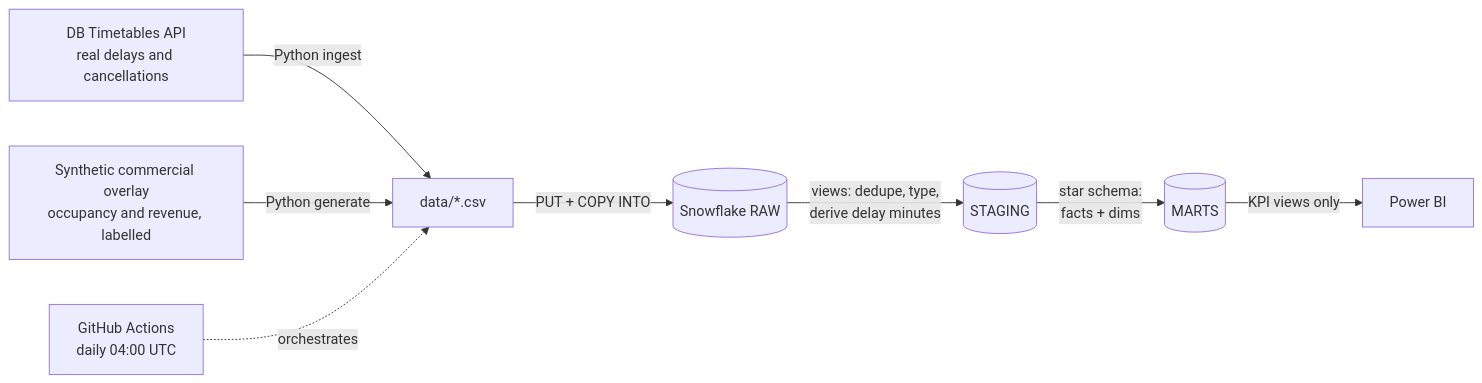
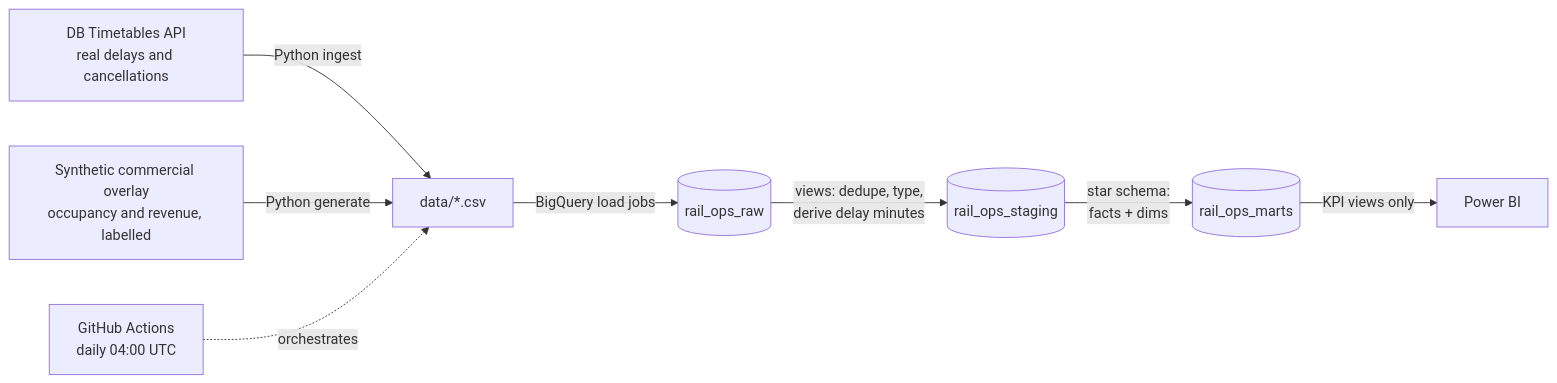
One commit to dreamscaatcher/Flixtrain-analytics changed the diagram in README.md. Above: the diagram before and after it, drawn with Mermaid. The commit also changed other lines of this file and 18 other files, not shown here.

Commit message:
Migrate warehouse from Snowflake to BigQuery (free sandbox): loader via load jobs, GoogleSQL models, sqlglot dialect lint in CI, docs/PBI spec updated

````diff
--- a/README.md
+++ b/README.md
@@ -9,10 +9,10 @@
 ```mermaid
 flowchart LR
     A[DB Timetables API\nreal delays and cancellations] -->|Python ingest| C[data/*.csv]
     B[Synthetic commercial overlay\noccupancy and revenue, labelled] -->|Python generate| C
-    C -->|PUT + COPY INTO| D[(Snowflake RAW)]
-    D -->|views: dedupe, type,\nderive delay minutes| E[(STAGING)]
-    E -->|star schema:\nfacts + dims| F[(MARTS)]
+    C -->|BigQuery load jobs| D[(rail_ops_raw)]
+    D -->|views: dedupe, type,\nderive delay minutes| E[(rail_ops_staging)]
+    E -->|star schema:\nfacts + dims| F[(rail_ops_marts)]
     F -->|KPI views only| G[Power BI]
     H[GitHub Actions\ndaily 04:00 UTC] -.->|orchestrates| C
 ```
````
